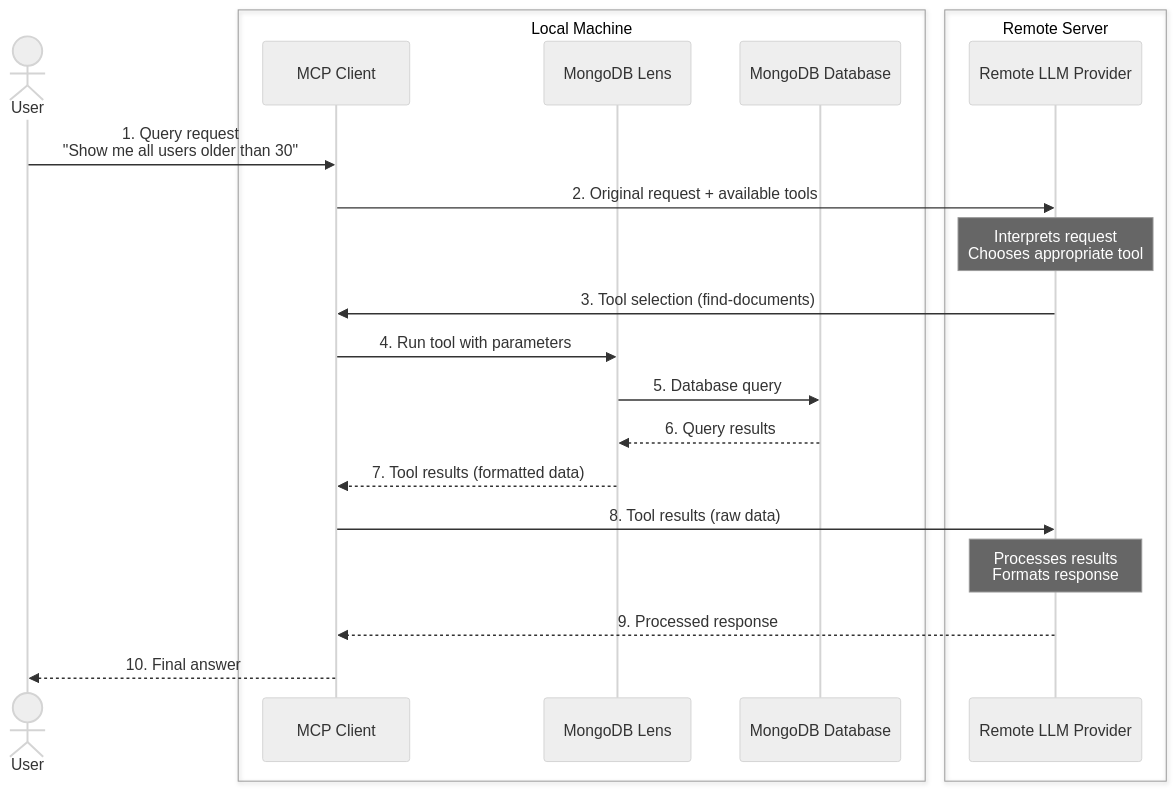
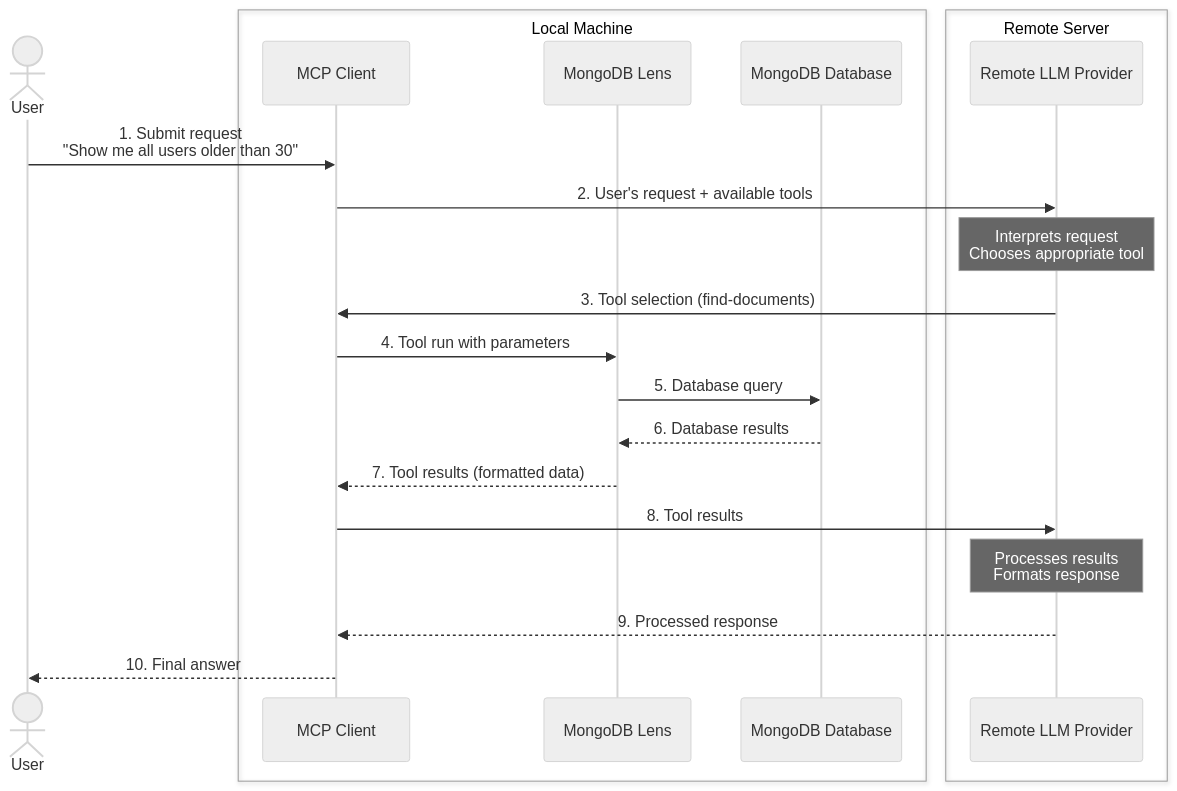
One commit to sparoodata/mongolens_new changed the diagram in README.md. Above: the diagram before and after it, drawn with Mermaid (neutral theme). The commit also changed other lines of this file, not shown here.

````diff
--- a/README.md
+++ b/README.md
@@ -898,25 +898,25 @@
 ```mermaid
 sequenceDiagram
     actor User
     box Local Machine #d4f1f9
         participant Client as MCP Client
         participant Lens as MongoDB Lens
         participant MongoDB as MongoDB Database
     end
     box Remote Server #ffe6cc
         participant LLM as Remote LLM Provider
     end
 
-    User->>Client: 1. Query request<br>"Show me all users older than 30"
-    Client->>LLM: 2. Original request + available tools
+    User->>Client: 1. Submit request<br>"Show me all users older than 30"
+    Client->>LLM: 2. User's request + available tools
     Note over LLM: Interprets request<br>Chooses appropriate tool
     LLM->>Client: 3. Tool selection (find-documents)
-    Client->>Lens: 4. Run tool with parameters
+    Client->>Lens: 4. Tool run with parameters
     Lens->>MongoDB: 5. Database query
-    MongoDB-->>Lens: 6. Query results
+    MongoDB-->>Lens: 6. Database results
     Lens-->>Client: 7. Tool results (formatted data)
-    Client->>LLM: 8. Tool results (raw data)
+    Client->>LLM: 8. Tool results
     Note over LLM: Processes results<br>Formats response
     LLM-->>Client: 9. Processed response
     Client-->>User: 10. Final answer
 ```
````
